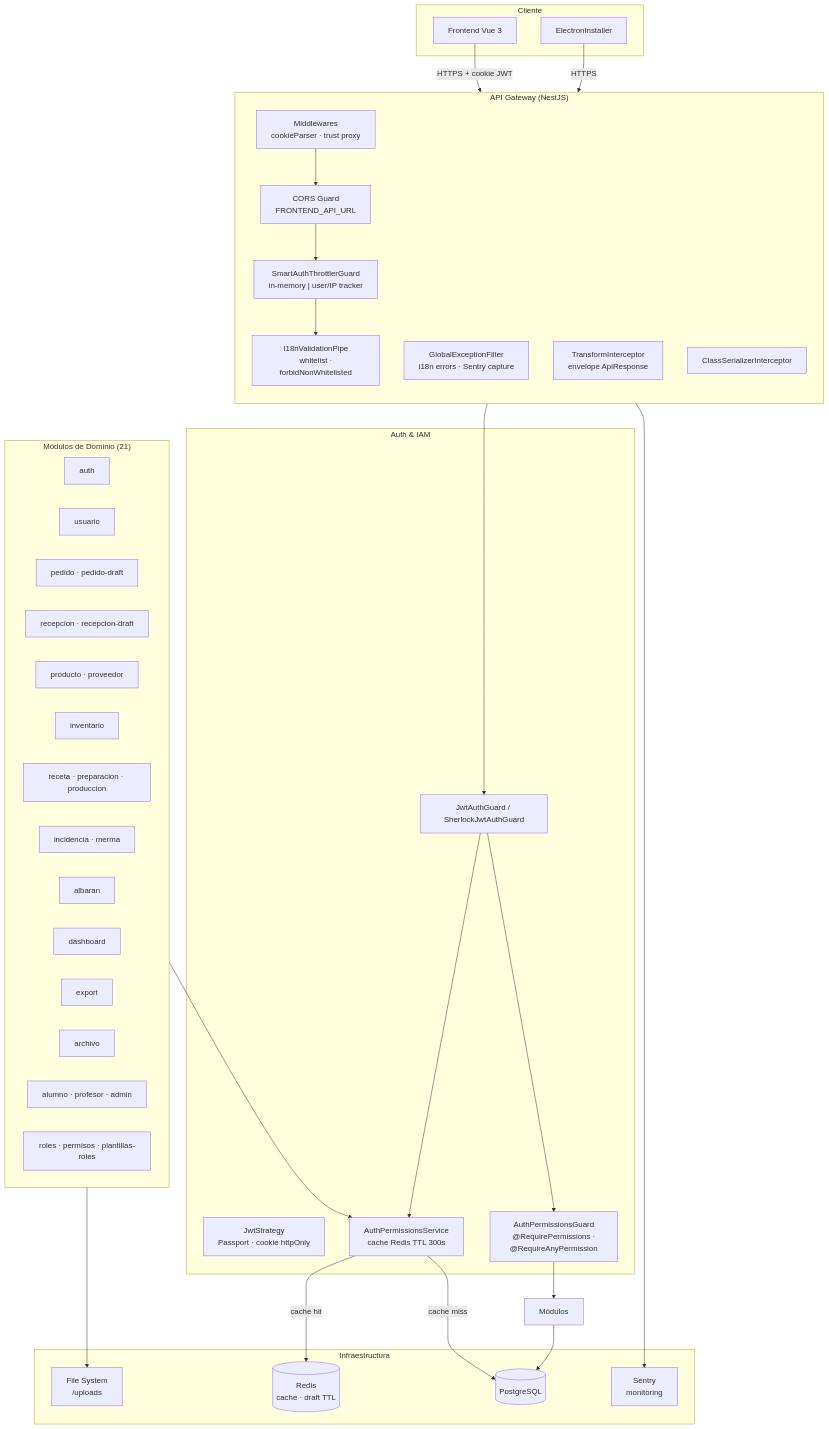
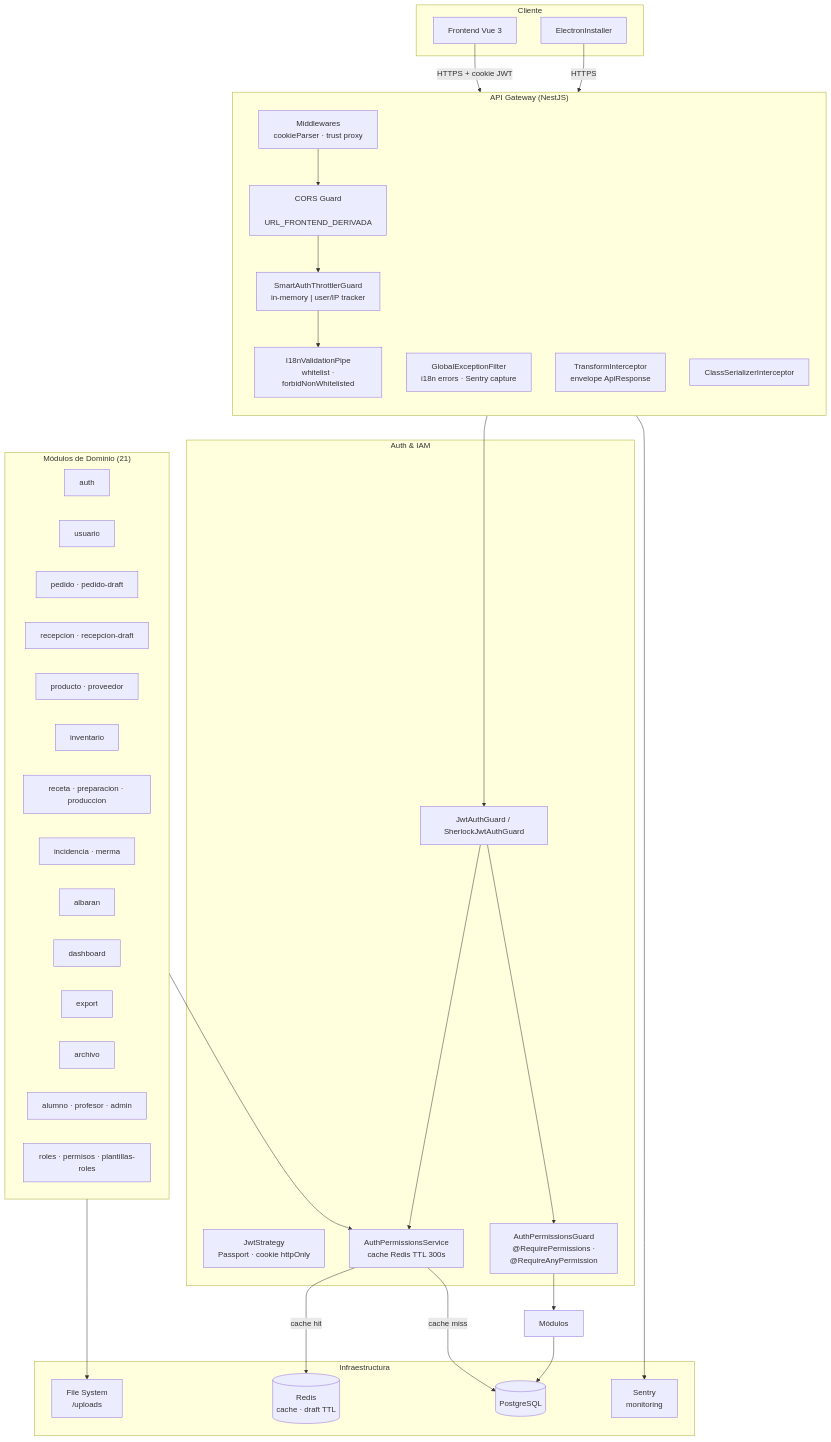
The first of 3 diagrams in docs/audits/architecture-review.md (SmartEconomat/SmartEconomat), drawn with Mermaid before and after one commit. The commit also changed 53 other files, not shown here.

````diff
--- a/docs/audits/architecture-review.md
+++ b/docs/audits/architecture-review.md
@@ -15,65 +15,65 @@
 ```mermaid
 graph TB
   subgraph Cliente
     FE[Frontend Vue 3]
     EL[ElectronInstaller]
   end
 
   subgraph "API Gateway (NestJS)"
     direction TB
     MW["Middlewares\n cookieParser · trust proxy"]
-    CORS["CORS Guard\n FRONTEND_API_URL"]
+    CORS["CORS Guard\n URL_FRONTEND_DERIVADA"]
     THROTTLE["SmartAuthThrottlerGuard\n in-memory | user/IP tracker"]
     PIPE["I18nValidationPipe\n whitelist · forbidNonWhitelisted"]
     GEF["GlobalExceptionFilter\n i18n errors · Sentry capture"]
     TI["TransformInterceptor\n envelope ApiResponse"]
     CSI["ClassSerializerInterceptor"]
   end
 
   subgraph "Auth & IAM"
     JWT["JwtStrategy\n Passport · cookie httpOnly"]
     JG["JwtAuthGuard / SherlockJwtAuthGuard"]
     PG["AuthPermissionsGuard\n @RequirePermissions · @RequireAnyPermission"]
     APS["AuthPermissionsService\n cache Redis TTL 300s"]
   end
 
   subgraph "Módulos de Dominio (21)"
     direction LR
     AUTH[auth]
     USR[usuario]
     PDO[pedido · pedido-draft]
     RCP[recepcion · recepcion-draft]
     PRD[producto · proveedor]
     INV[inventario]
     RCT[receta · preparacion · produccion]
     INC[incidencia · merma]
     ALB[albaran]
     DASH[dashboard]
     EXP[export]
     ARC[archivo]
     EDU[alumno · profesor · admin]
     ROLES[roles · permisos · plantillas-roles]
   end
 
   subgraph "Infraestructura"
     PG_DB[(PostgreSQL)]
     REDIS[(Redis\n cache · draft TTL)]
     FS[File System\n /uploads]
     SENTRY[Sentry\n monitoring]
   end
 
   FE -->|HTTPS + cookie JWT| MW
   EL -->|HTTPS| MW
   MW --> CORS --> THROTTLE --> PIPE
   PIPE --> JG
   JG --> APS
   APS -->|cache hit| REDIS
   APS -->|cache miss| PG_DB
   JG --> PG
   PG --> Módulos
 
   Módulos --> PG_DB
   AUTH --> APS
   ARC --> FS
   GEF --> SENTRY
 ```
````
